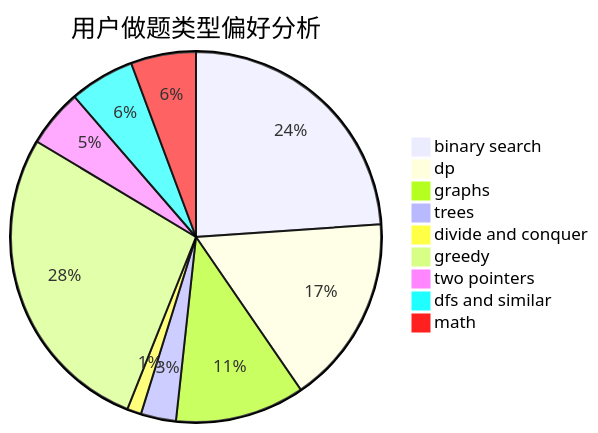
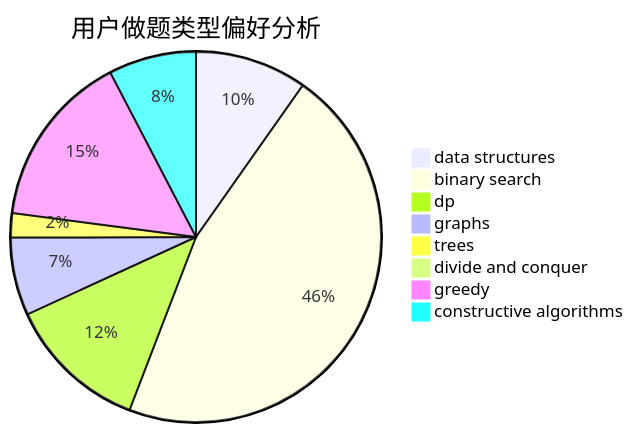
The second of 3 diagrams in docs/user/u1256.md (sherpahu/cfrs.github.io), drawn with Mermaid before and after one commit. The commit also changed other lines of this file and 2775 other files, not shown here.

````diff
--- a/docs/user/u1256.md
+++ b/docs/user/u1256.md
@@ -23,12 +23,11 @@
 ```mermaid
 pie title 用户做题类型偏好分析
-    "binary search" :  366
-    "dp" :  253
-    "graphs" :  173
-    "trees" :  47
-    "divide and conquer" :  19
-    "greedy" :  422
-    "two pointers" :  77
-    "dfs and similar" :  87
-    "math" :  87
+    "data structures" :  46
+    "binary search" :  217
+    "dp" :  58
+    "graphs" :  32
+    "trees" :  10
+    "divide and conquer" :  0
+    "greedy" :  72
+    "constructive algorithms" :  36
 ```
````
